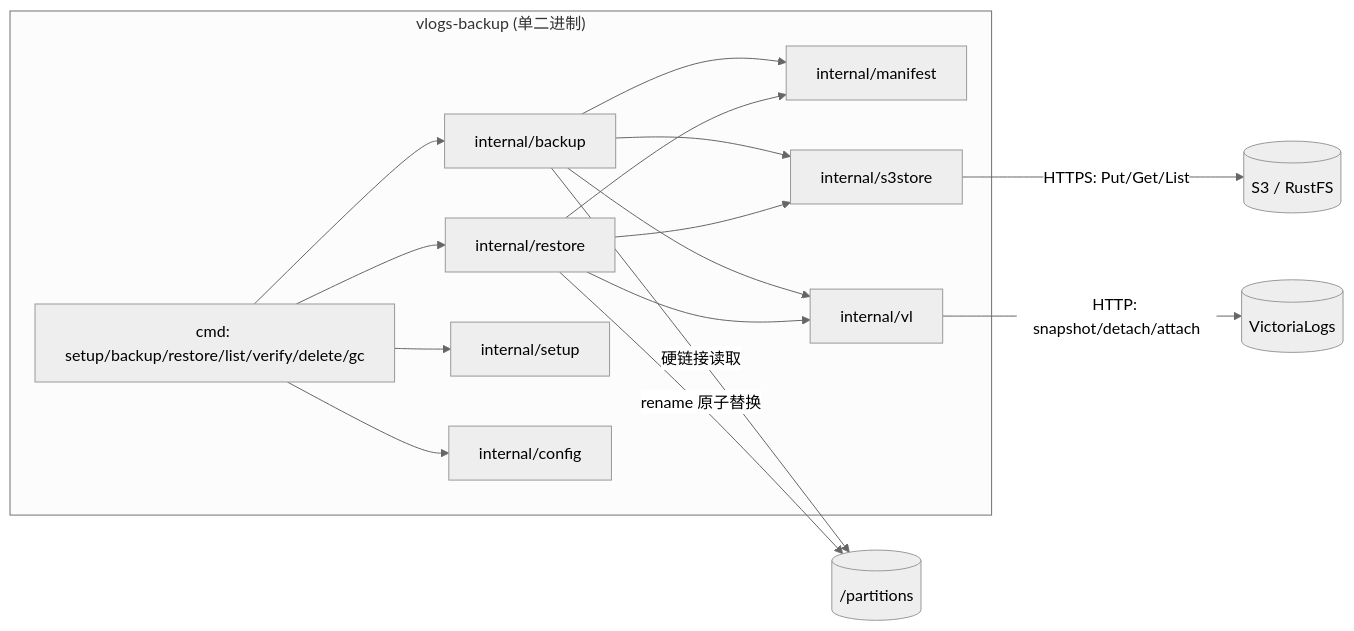
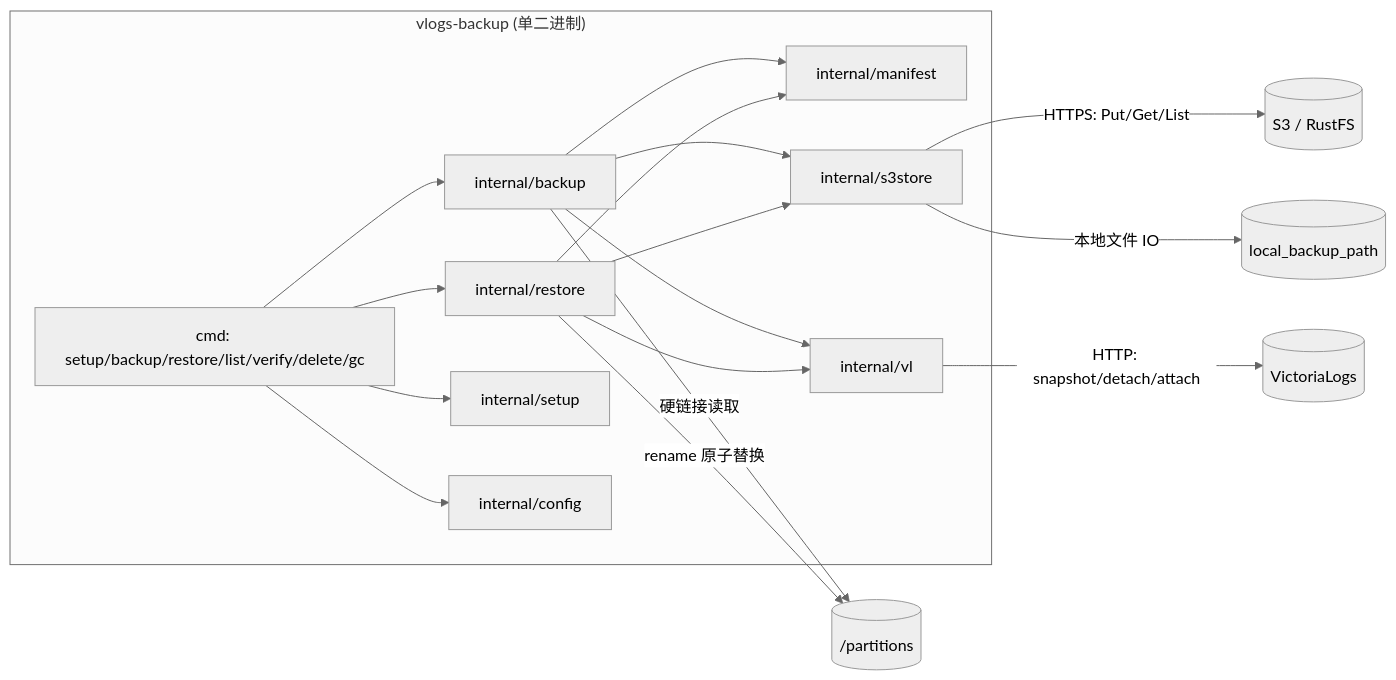
One commit to LMYSCX9/VictoriaLogs-bakup-s3 changed the first of 5 diagrams in docs/design/victorialogs-s3-backup-design.md. Above: the diagram before and after it, drawn with Mermaid (neutral theme). The commit also changed other lines of this file and 24 other files, not shown here.

````diff
--- a/docs/design/victorialogs-s3-backup-design.md
+++ b/docs/design/victorialogs-s3-backup-design.md
@@ -59,27 +59,28 @@
 ```mermaid
 flowchart LR
     subgraph CLI["vlogs-backup (单二进制)"]
         CMD[cmd: setup/backup/restore/list/verify/delete/gc]
         BK[internal/backup]
         RS[internal/restore]
         SU[internal/setup]
         MF[internal/manifest]
         ST[internal/s3store]
         VL[internal/vl]
         CFG[internal/config]
         CMD --> SU
         CMD --> BK
         CMD --> RS
         BK --> MF
         RS --> MF
         BK --> ST
         RS --> ST
         BK --> VL
         RS --> VL
         CMD --> CFG
     end
     VL -->|HTTP: snapshot/detach/attach| VLS[(VictoriaLogs)]
     ST -->|HTTPS: Put/Get/List| S3[(S3 / RustFS)]
+    ST -->|本地文件 IO| LOCAL[(local_backup_path)]
     BK -->|硬链接读取| FS[("<storageDataPath>/partitions")]
     RS -->|rename 原子替换| FS
 ```
````
